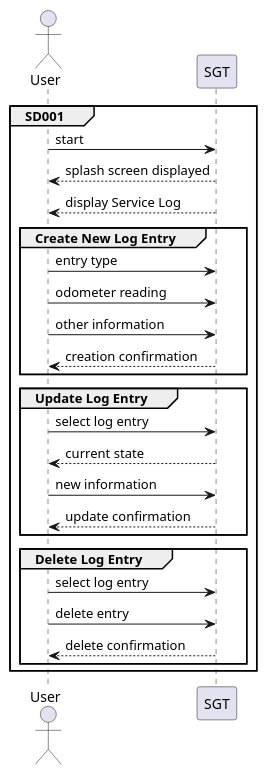
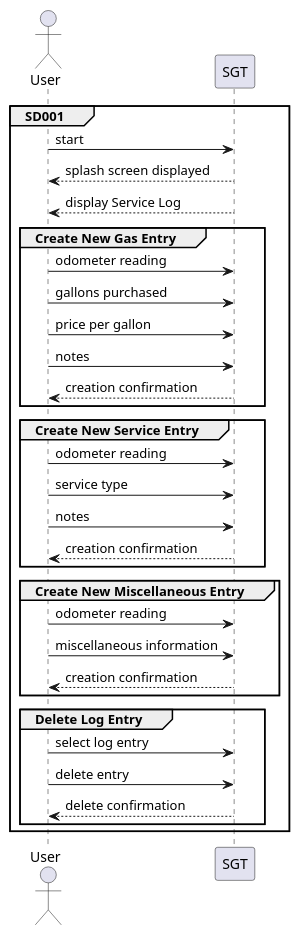
The diagram in app/UML/SystemSequenceDiagram.puml (NotHamlet/Shannon-sGasTracker), drawn with PlantUML before and after one commit. The commit also changed 2 other files, not shown here.

Commit message:
Added release notes, updated UML diagrams

```diff
--- a/app/UML/SystemSequenceDiagram.puml
+++ b/app/UML/SystemSequenceDiagram.puml
@@ -1,31 +1,39 @@
 @startuml
 
 actor User
 
 group SD001
 User -> SGT: start
 SGT --> User: splash screen displayed
 User <-- SGT: display Service Log
 
 
-group Create New Log Entry
-User -> SGT: entry type
+group Create New Gas Entry
 User -> SGT: odometer reading
-User -> SGT: other information
+User -> SGT: gallons purchased
+User -> SGT: price per gallon
+User -> SGT: notes
 SGT --> User: creation confirmation
 end
 
-group Update Log Entry
-User -> SGT: select log entry
-SGT --> User: current state
-User -> SGT: new information
-SGT --> User: update confirmation
+group Create New Service Entry
+User -> SGT: odometer reading
+User -> SGT: service type
+User -> SGT: notes
+SGT --> User: creation confirmation
 end
+
+group Create New Miscellaneous Entry
+User -> SGT: odometer reading
+User -> SGT: miscellaneous information
+SGT --> User: creation confirmation
+end
+
 
 group Delete Log Entry
 User -> SGT: select log entry
 User -> SGT: delete entry
 SGT --> User: delete confirmation
 end
 end
 @enduml
```
